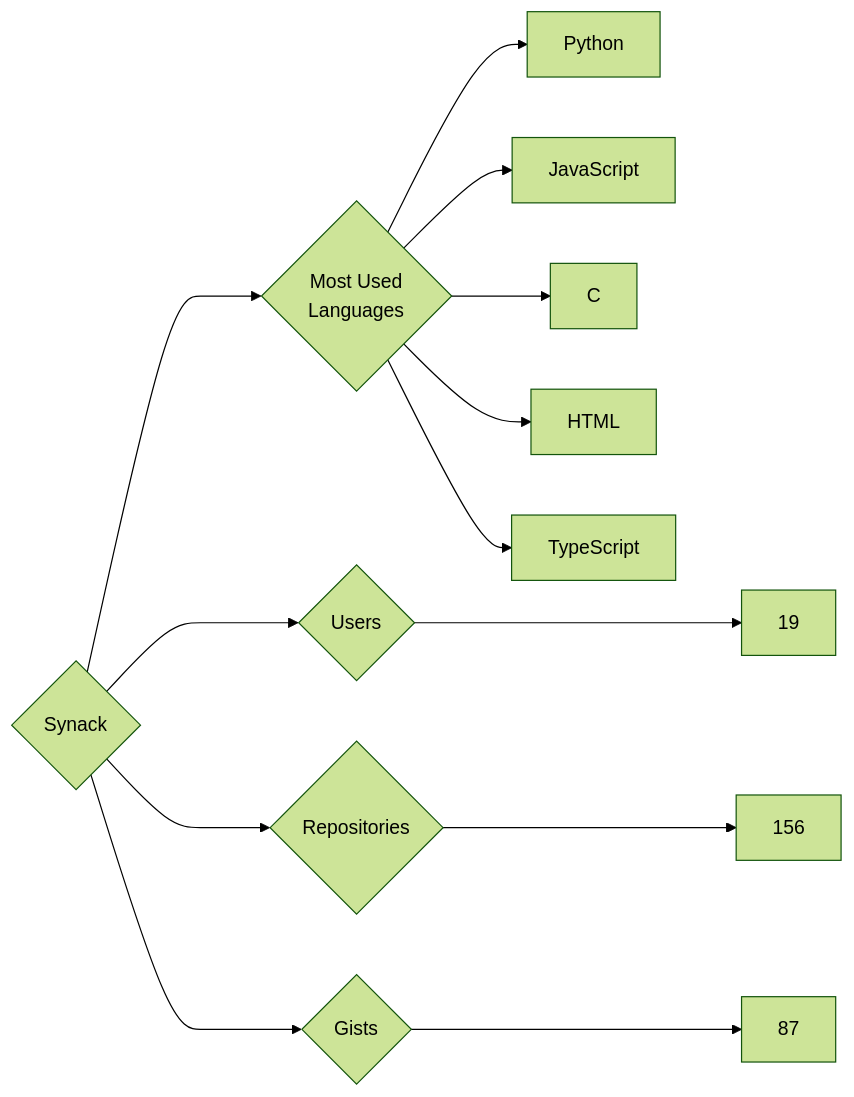
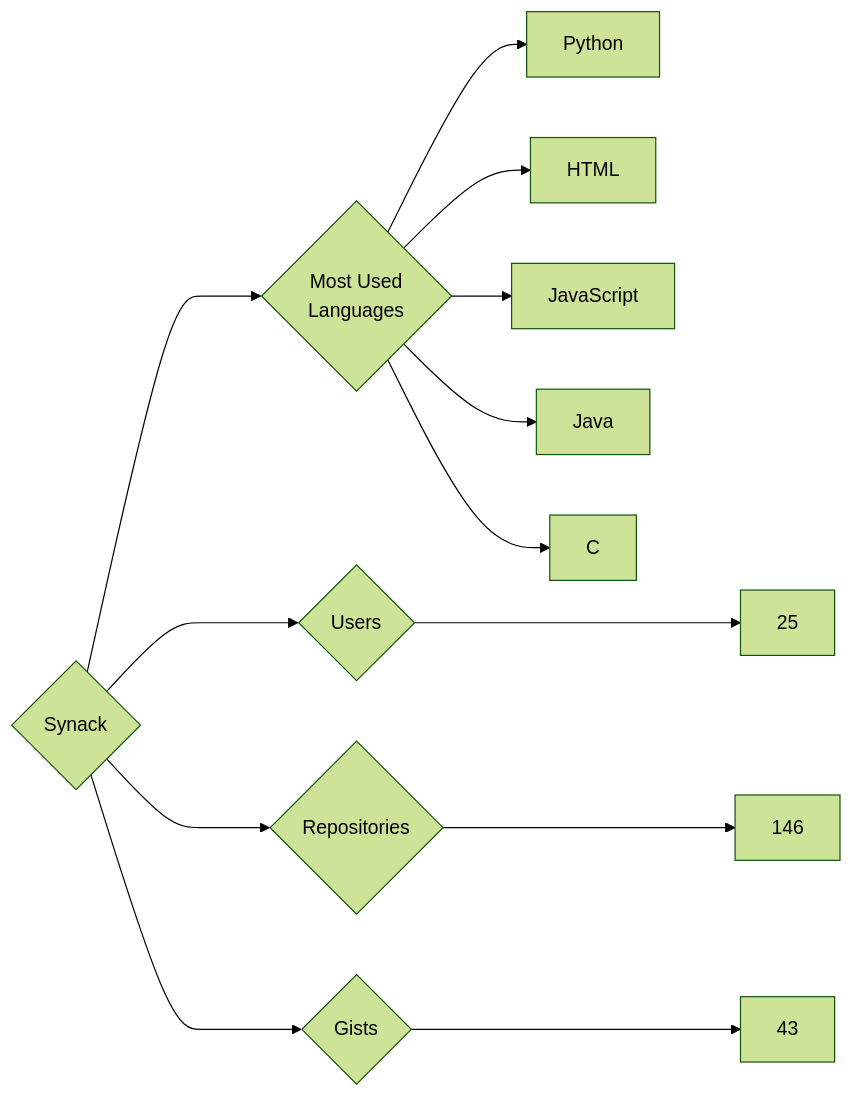
One commit to trickest/insiders changed the diagram in targets/Synack/README.md. Above: the diagram before and after it, drawn with Mermaid (forest theme). The commit also changed 903 other files, not shown here.

````diff
--- a/targets/Synack/README.md
+++ b/targets/Synack/README.md
@@ -3,13 +3,13 @@
 ```mermaid
 graph LR
 COMPANY_NAME{Synack}
-COMPANY_NAME ---> U{Users} ---> UN[19]
-COMPANY_NAME ---> R{Repositories} ---> RN[156]
-COMPANY_NAME ---> G{Gists} ---> GN[87]
+COMPANY_NAME ---> U{Users} ---> UN[25]
+COMPANY_NAME ---> R{Repositories} ---> RN[146]
+COMPANY_NAME ---> G{Gists} ---> GN[43]
 COMPANY_NAME ---> ML{Most Used<br>Languages}
 ML --> Python[Python]
+ML --> HTML[HTML]
 ML --> JavaScript[JavaScript]
+ML --> Java[Java]
 ML --> C[C]
-ML --> HTML[HTML]
-ML --> TypeScript[TypeScript]
 ```
````
